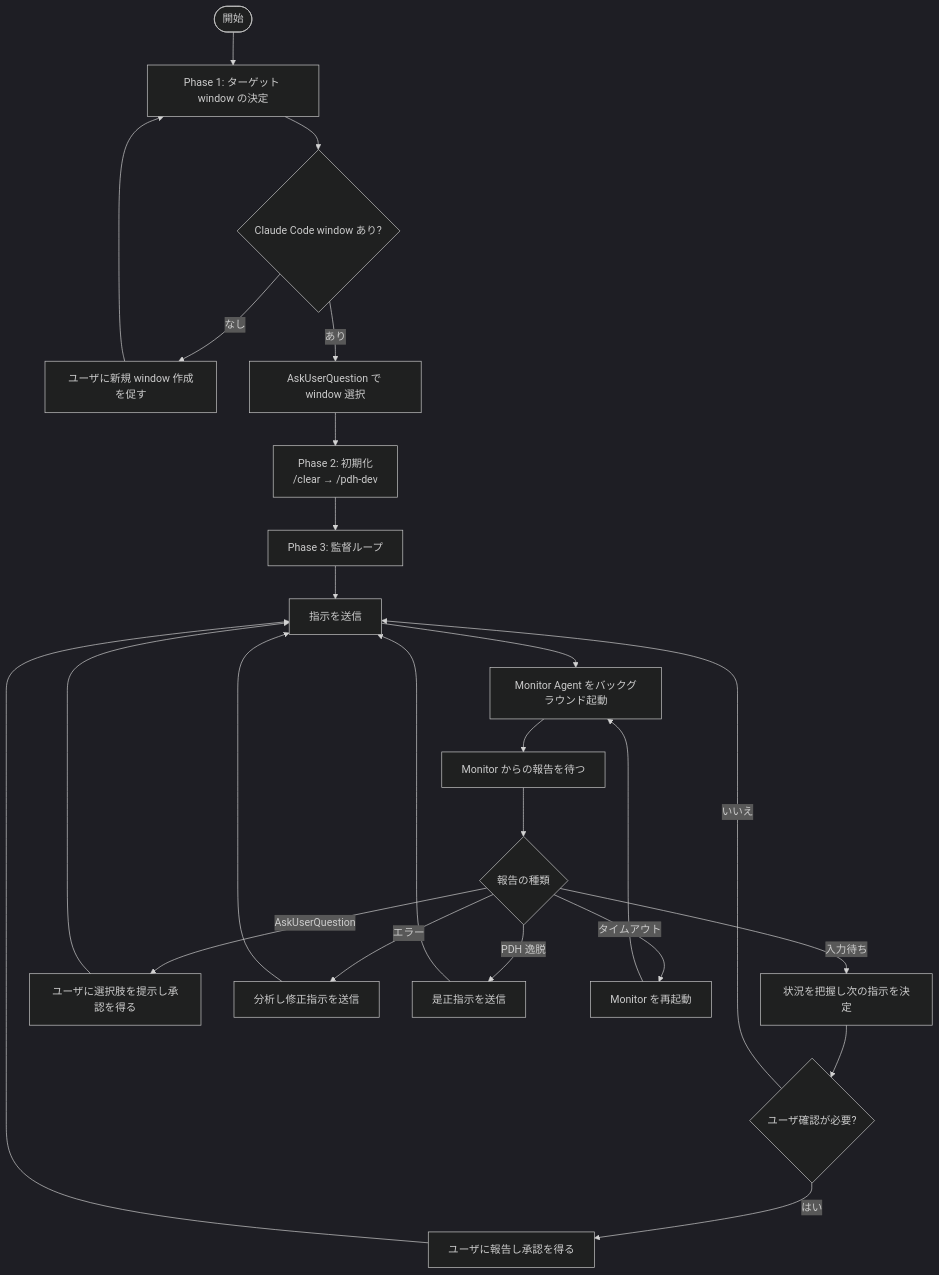
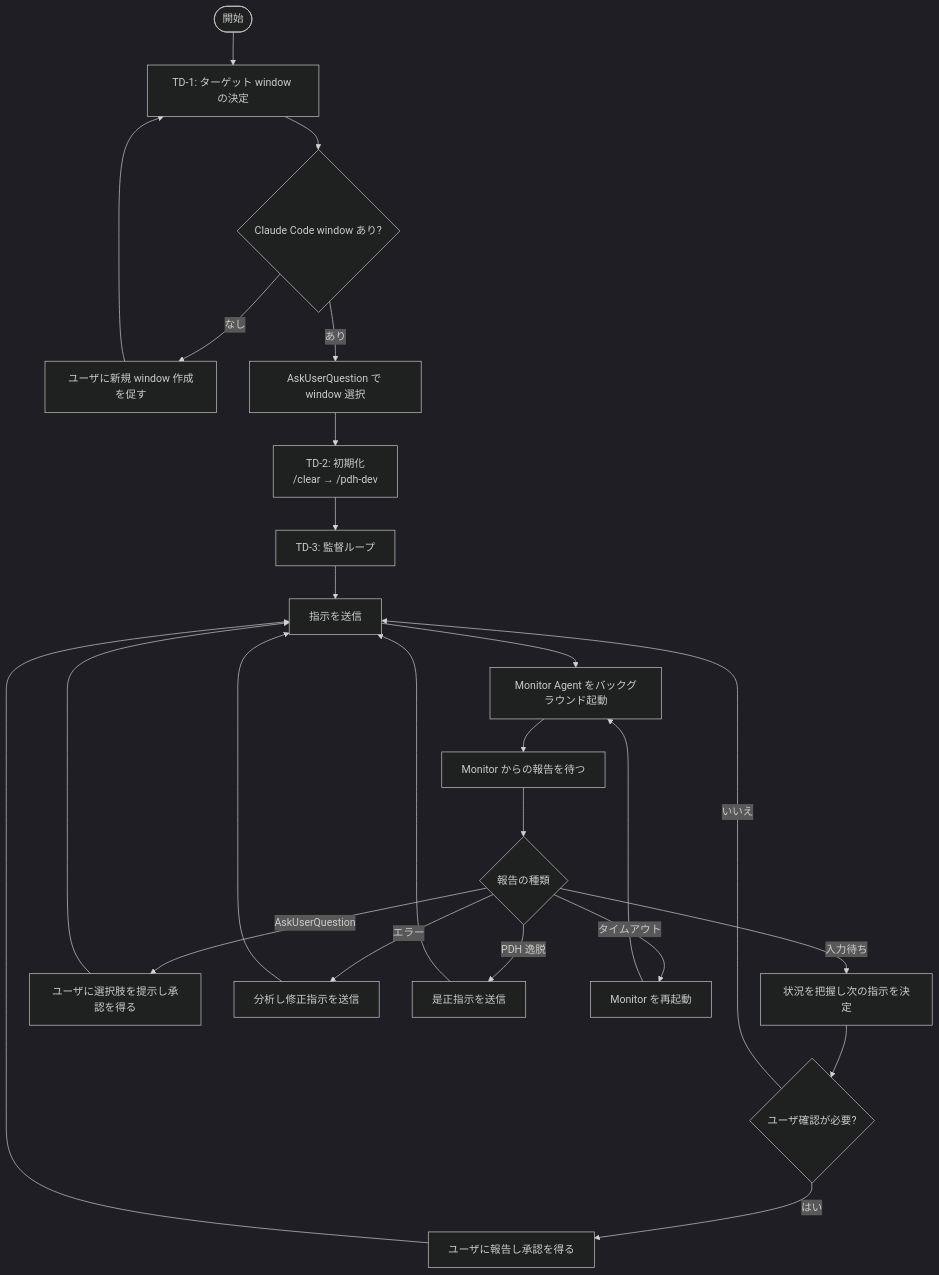
One commit to masuidrive/pdh changed the first of 3 diagrams in skills/tmux-director/SKILL.md. Above: the diagram before and after it, drawn with Mermaid (dark theme). The commit also changed other lines of this file, not shown here.

Commit message:
refactor(tmux-director): Phase X → TD-X にリネームして他ドキュメントとの名前衝突を回避
https://claude.ai/code/session_0113M1NqgjTh9qCfYryfrEUs

````diff
--- a/skills/tmux-director/SKILL.md
+++ b/skills/tmux-director/SKILL.md
@@ -18,27 +18,27 @@
 ```mermaid
 flowchart TD
-    Start([開始]) --> P1["Phase 1: ターゲット window の決定"]
-    P1 --> P1q{"Claude Code window あり?"}
-    P1q -- "なし" --> P1new["ユーザに新規 window 作成を促す"]
-    P1new --> P1
-    P1q -- "あり" --> P1ask["AskUserQuestion で window 選択"]
-    P1ask --> P2["Phase 2: 初期化<br/>/clear → /pdh-dev"]
-    P2 --> P3["Phase 3: 監督ループ"]
-    P3 --> P3send["指示を送信"]
-    P3send --> P3monitor["Monitor Agent をバックグラウンド起動"]
-    P3monitor --> P3wait["Monitor からの報告を待つ"]
-    P3wait --> P3report{"報告の種類"}
-    P3report -- "入力待ち" --> P3idle["状況を把握し次の指示を決定"]
-    P3report -- "AskUserQuestion" --> P3ask["ユーザに選択肢を提示し承認を得る"]
-    P3report -- "エラー" --> P3err["分析し修正指示を送信"]
-    P3report -- "PDH 逸脱" --> P3fix["是正指示を送信"]
-    P3report -- "タイムアウト" --> P3timeout["Monitor を再起動"]
-    P3idle --> P3gate{"ユーザ確認が必要?"}
-    P3ask --> P3send
-    P3err --> P3send
-    P3fix --> P3send
-    P3timeout --> P3monitor
-    P3gate -- "はい" --> P3confirm["ユーザに報告し承認を得る"]
-    P3confirm --> P3send
-    P3gate -- "いいえ" --> P3send
+    Start([開始]) --> TD1["TD-1: ターゲット window の決定"]
+    TD1 --> TD1q{"Claude Code window あり?"}
+    TD1q -- "なし" --> TD1new["ユーザに新規 window 作成を促す"]
+    TD1new --> TD1
+    TD1q -- "あり" --> TD1ask["AskUserQuestion で window 選択"]
+    TD1ask --> TD2["TD-2: 初期化<br/>/clear → /pdh-dev"]
+    TD2 --> TD3["TD-3: 監督ループ"]
+    TD3 --> TD3send["指示を送信"]
+    TD3send --> TD3monitor["Monitor Agent をバックグラウンド起動"]
+    TD3monitor --> TD3wait["Monitor からの報告を待つ"]
+    TD3wait --> TD3report{"報告の種類"}
+    TD3report -- "入力待ち" --> TD3idle["状況を把握し次の指示を決定"]
+    TD3report -- "AskUserQuestion" --> TD3ask["ユーザに選択肢を提示し承認を得る"]
+    TD3report -- "エラー" --> TD3err["分析し修正指示を送信"]
+    TD3report -- "PDH 逸脱" --> TD3fix["是正指示を送信"]
+    TD3report -- "タイムアウト" --> TD3timeout["Monitor を再起動"]
+    TD3idle --> TD3gate{"ユーザ確認が必要?"}
+    TD3ask --> TD3send
+    TD3err --> TD3send
+    TD3fix --> TD3send
+    TD3timeout --> TD3monitor
+    TD3gate -- "はい" --> TD3confirm["ユーザに報告し承認を得る"]
+    TD3confirm --> TD3send
+    TD3gate -- "いいえ" --> TD3send
 ```
````
